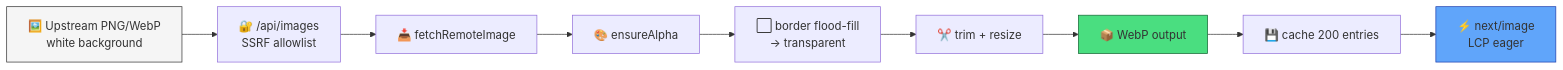
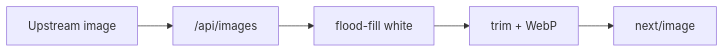
Before and after one commit to CristinaFores/zara-mobile-challenge: the second of 3 diagrams in README.md, drawn with Mermaid. The commit also changed other lines of this file and 13 other files, not shown here.

````diff
--- a/README.md
+++ b/README.md
@@ -303,15 +221,7 @@
 ```mermaid
 flowchart LR
-  A["🖼️ Upstream PNG/WebP<br/>white background"] --> B["🔐 /api/images<br/>SSRF allowlist"]
-  B --> C["📥 fetchRemoteImage"]
-  C --> D["🎨 ensureAlpha"]
-  D --> E["⬜ border flood-fill<br/>→ transparent"]
-  E --> F["✂️ trim + resize"]
-  F --> G["📦 WebP output"]
-  G --> H["💾 cache 200 entries"]
-  H --> I["⚡ next/image<br/>LCP eager"]
-
-  style A fill:#f5f5f5,stroke:#333
-  style G fill:#4ade80,stroke:#166534
-  style I fill:#60a5fa,stroke:#1e40af
+  A["Upstream image"] --> B["/api/images"]
+  B --> C["flood-fill white"]
+  C --> D["trim + WebP"]
+  D --> E["next/image"]
 ```
````
